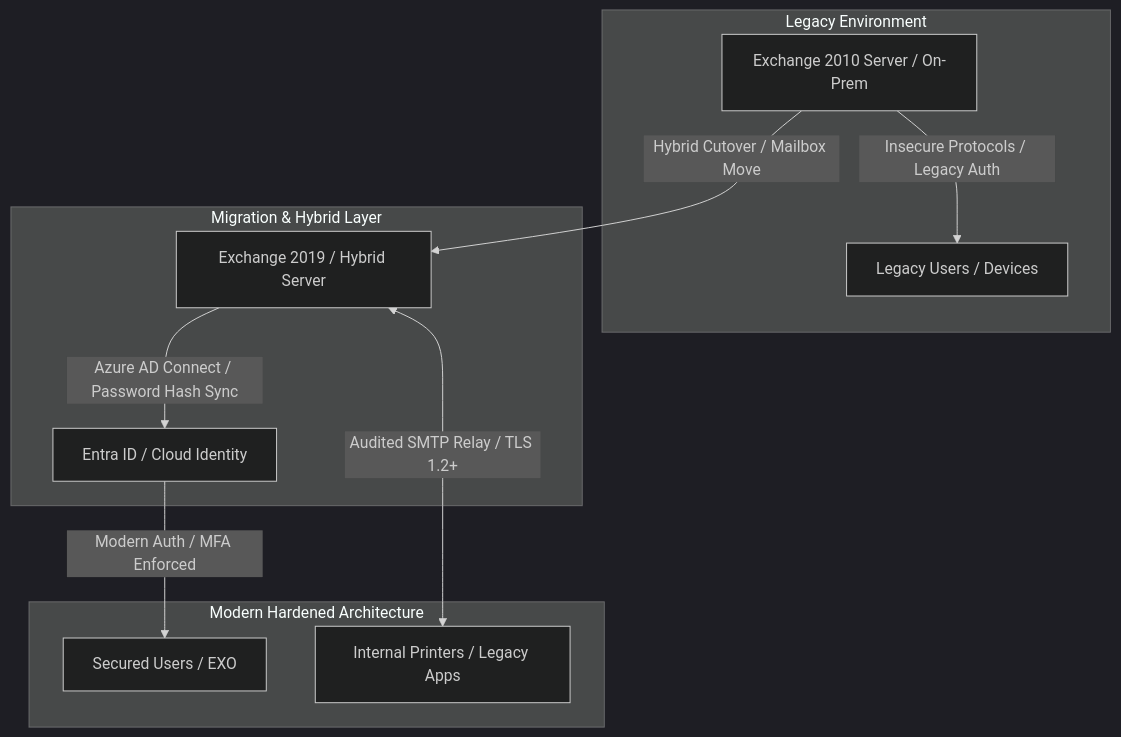
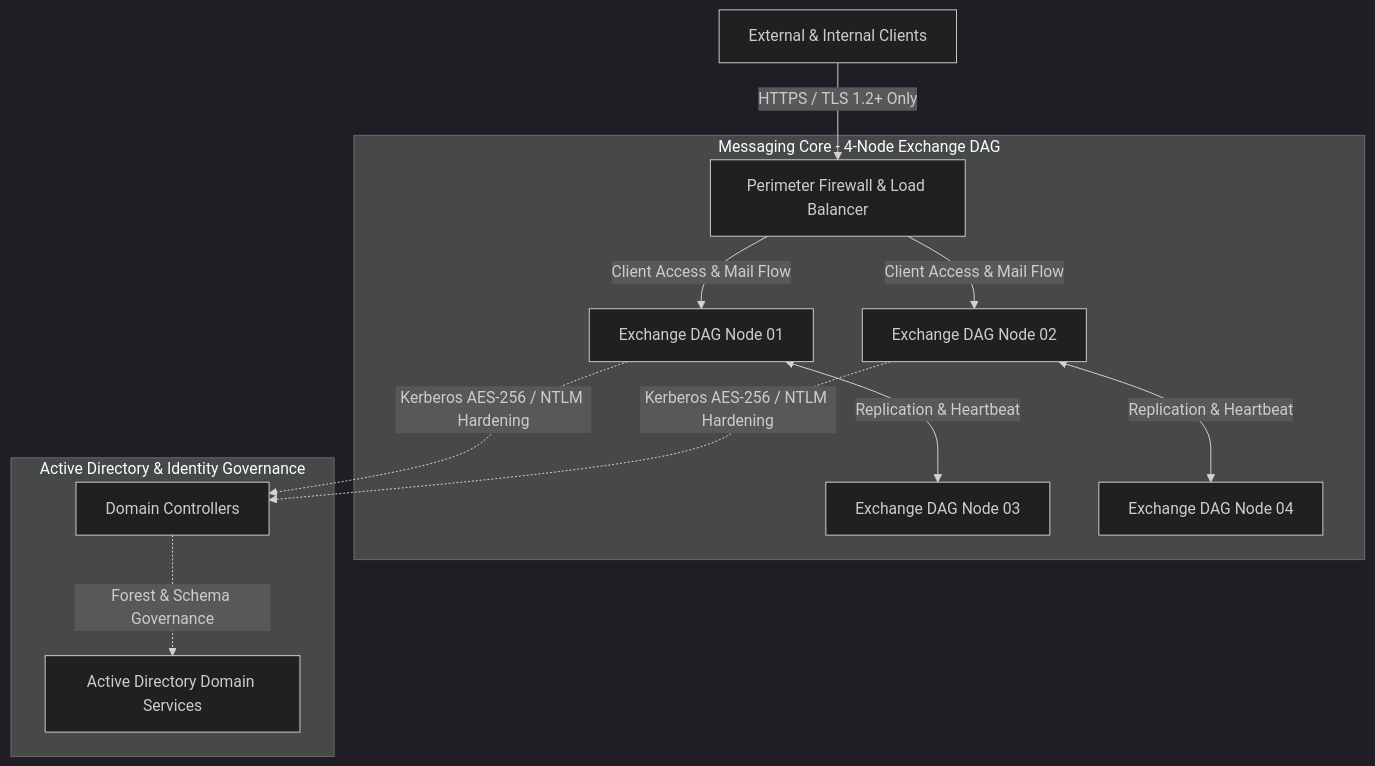
Before and after one commit to ArthurL-Laguna/cybersecurity-infrastructure-portfolio: the diagram in 02-vulnerability-mgmt-exchange-ad/README.md, drawn with Mermaid (dark theme). The commit also changed other lines of this file, not shown here.

````diff
--- a/02-vulnerability-mgmt-exchange-ad/README.md
+++ b/02-vulnerability-mgmt-exchange-ad/README.md
@@ -10,16 +10,17 @@
 ```mermaid
 graph TD
-    subgraph Legacy Environment
-        Ex2010[Exchange 2010 Server / On-Prem] -->|Insecure Protocols / Legacy Auth| LegacyUsers[Legacy Users / Devices]
+    Client[External & Internal Clients] -->|HTTPS / TLS 1.2+ Only| FW[Perimeter Firewall & Load Balancer]
+
+    subgraph Messaging Core - 4-Node Exchange DAG
+        FW -->|Client Access & Mail Flow| DAG1[Exchange DAG Node 01]
+        FW -->|Client Access & Mail Flow| DAG2[Exchange DAG Node 02]
+        DAG1 <-->|Replication & Heartbeat| DAG3[Exchange DAG Node 03]
+        DAG2 <-->|Replication & Heartbeat| DAG4[Exchange DAG Node 04]
     end
 
-    subgraph Migration & Hybrid Layer
-        Ex2010 -->|Hybrid Cutover / Mailbox Move| HybridEx[Exchange 2019 / Hybrid Server]
-        HybridEx -->|Azure AD Connect / Password Hash Sync| EntraID[Entra ID / Cloud Identity]
-    end
-
-    subgraph Modern Hardened Architecture
-        EntraID -->|Modern Auth / MFA Enforced| CloudUsers[Secured Users / EXO]
-        HybridEx <-->|Audited SMTP Relay / TLS 1.2+| OnPremDevices[Internal Printers / Legacy Apps]
+    subgraph Active Directory & Identity Governance
+        DAG1 -.->|Kerberos AES-256 / NTLM Hardening| DC[Domain Controllers]
+        DAG2 -.->|Kerberos AES-256 / NTLM Hardening| DC
+        DC -.->|Forest & Schema Governance| AD[Active Directory Domain Services]
     end
 ```
````
